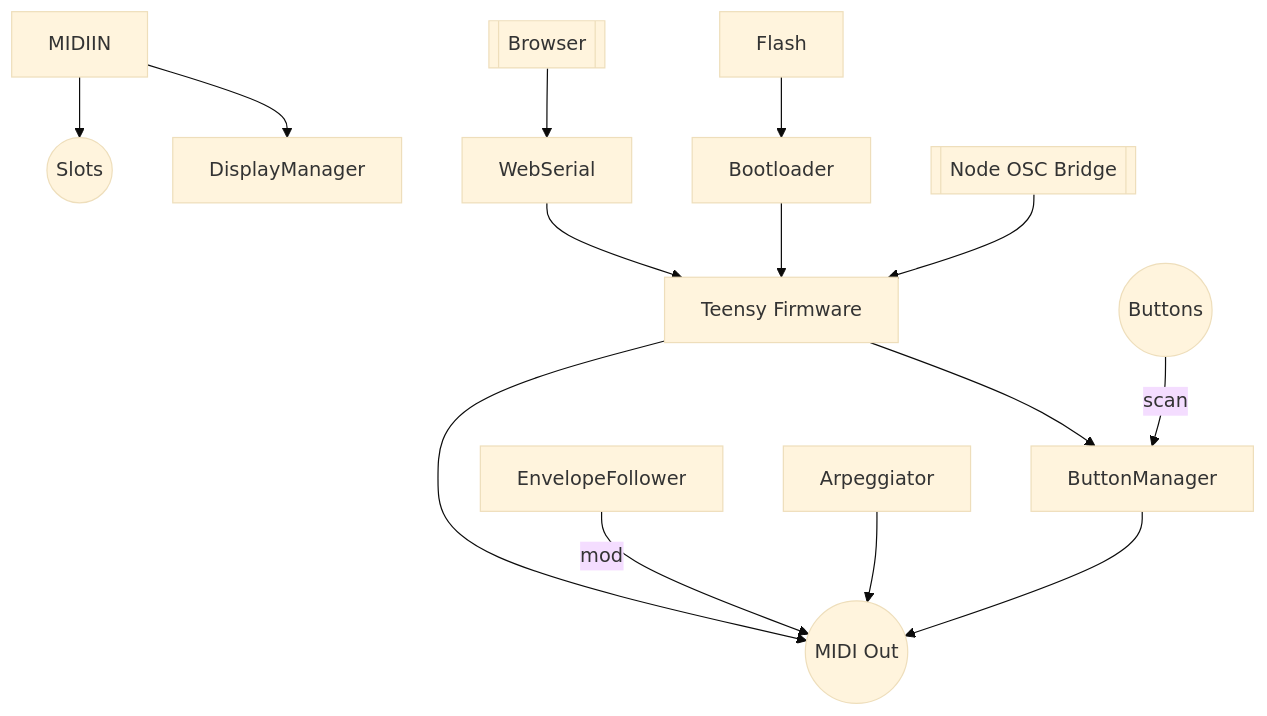
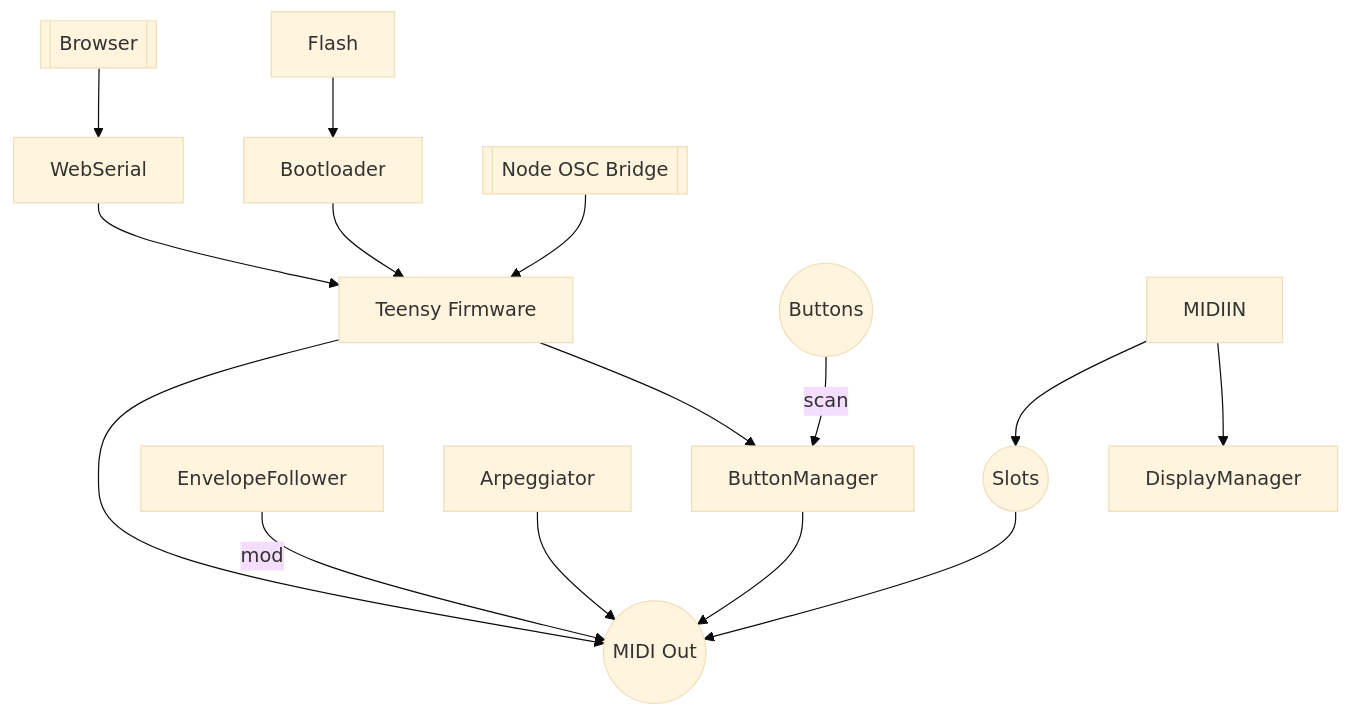
Before and after one commit to bseverns/MOARkNOBS-42: the diagram in docs/README.md, drawn with Mermaid (base theme).

````diff
--- a/docs/README.md
+++ b/docs/README.md
@@ -20,13 +20,14 @@
 ```mermaid
 flowchart TD
   Flash --> Loader[Bootloader] --> FW[Teensy Firmware]
   FW --> BM[ButtonManager]
   Buttons((Buttons)) -->|scan| BM --> MIDIOut[MIDIHandler]
   EF[EnvelopeFollower] -->|mod| MIDIOut
   ARP[Arpeggiator] --> MIDIOut
   MIDIIN --> DM[DisplayManager]
   MIDIIN --> Slots((Slots))
   Browser[[Browser]] --> WebSerial --> FW
   NodeOSC[[Node OSC Bridge]] --> FW
+  Slots((Slots)) --> MIDIOut((MIDI Out))
   FW --> MIDIOut((MIDI Out))
 ```
````
